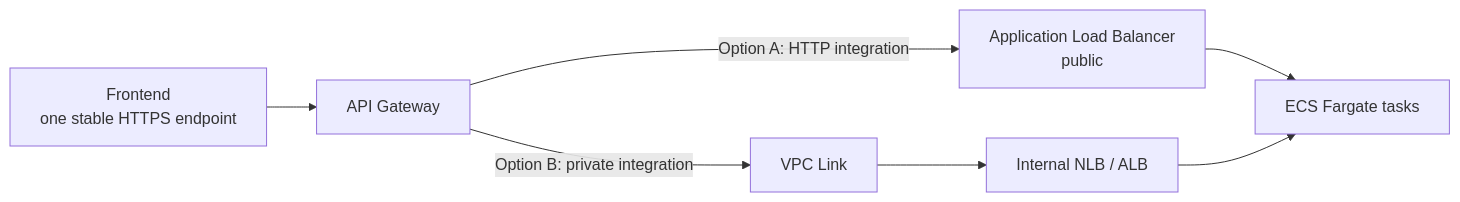
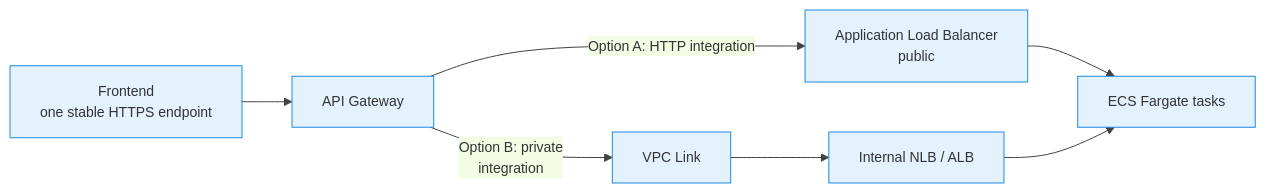
One commit to senthilkumarm1901/learn_by_blogging changed the fifth of 24 diagrams in aws_cloud_technical_essentials_book/10-architecting-serverless-backend-solution-in-aws.qmd. Above: the diagram before and after it, drawn with Mermaid. The commit also changed other lines of this file and 3 other files, not shown here.

Commit message:
updated diagrams, business cases used

````diff
--- a/aws_cloud_technical_essentials_book/10-architecting-serverless-backend-solution-in-aws.qmd
+++ b/aws_cloud_technical_essentials_book/10-architecting-serverless-backend-solution-in-aws.qmd
@@ -150,9 +176,10 @@
 ```{mermaid}
+%%{init: {'theme': 'base', 'themeVariables': {'primaryColor': '#E3F2FD', 'primaryBorderColor': '#1E88E5', 'lineColor': '#424242', 'fontSize': '14px'}}}%%
 flowchart LR
     FE["Frontend<br>one stable HTTPS endpoint"] --> APIGW["API Gateway"]
     APIGW -->|"Option A: HTTP integration"| ALB["Application Load Balancer<br>public"]
-    APIGW -->|"Option B: private integration"| VL["VPC Link"]
+    APIGW -->|"Option B: private<br>integration"| VL["VPC Link"]
     VL --> NLB["Internal NLB / ALB"]
     ALB --> F["ECS Fargate tasks"]
     NLB --> F
 ```
````
